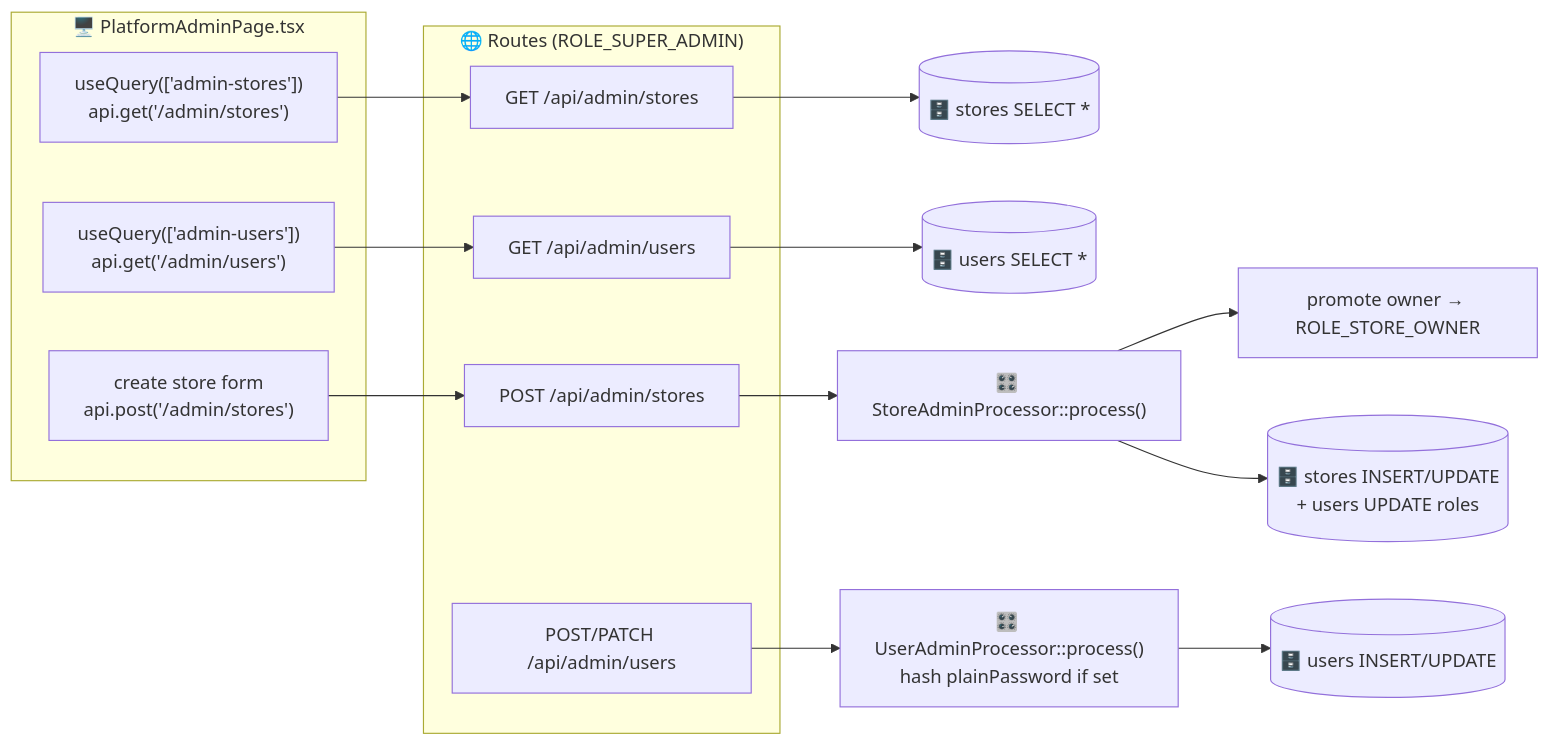
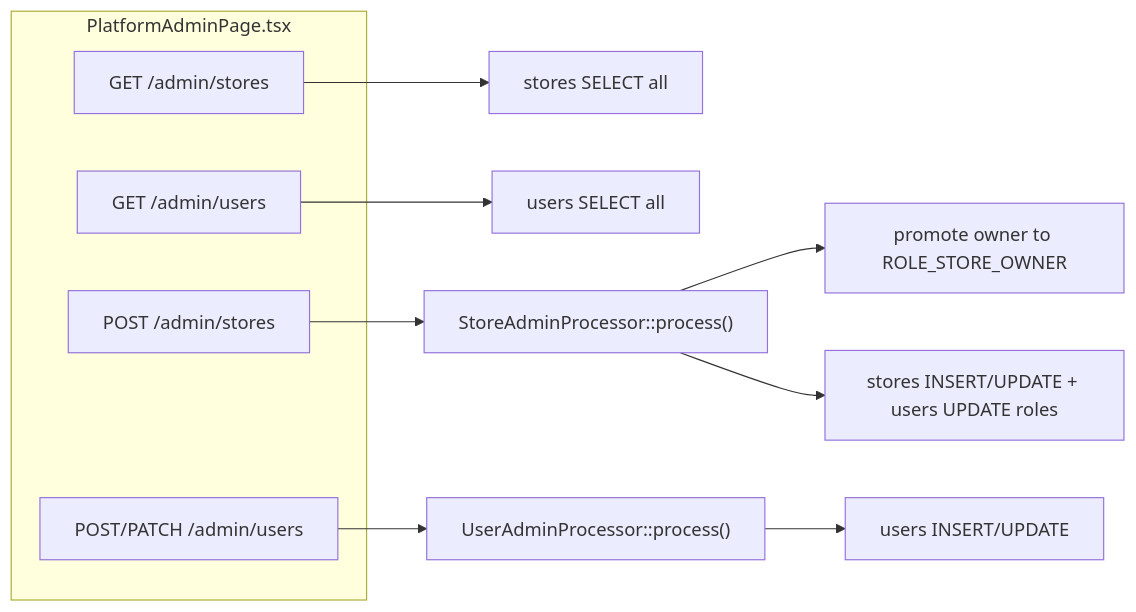
One commit to tedy97123/store changed the fifth of 5 diagrams in architecture/stores-and-branding.md. Above: the diagram before and after it, drawn with Mermaid. The commit also changed other lines of this file and 43 other files, not shown here.

````diff
--- a/architecture/stores-and-branding.md
+++ b/architecture/stores-and-branding.md
@@ -95,21 +151,16 @@
 ```mermaid
 flowchart LR
-    subgraph FE["🖥️ PlatformAdminPage.tsx"]
-        ls["useQuery(['admin-stores'])<br/>api.get('/admin/stores')"]
-        lu["useQuery(['admin-users'])<br/>api.get('/admin/users')"]
-        cs["create store form<br/>api.post('/admin/stores')"]
+    subgraph FE["PlatformAdminPage.tsx"]
+        stores["GET /admin/stores"]
+        users["GET /admin/users"]
+        create["POST /admin/stores"]
+        editUser["POST/PATCH /admin/users"]
     end
-    subgraph API["🌐 Routes (ROLE_SUPER_ADMIN)"]
-        r1["GET /api/admin/stores"]
-        r2["GET /api/admin/users"]
-        r3["POST /api/admin/stores"]
-        r4["POST/PATCH /api/admin/users"]
-    end
-    ls --> r1 --> dstore[("🗄️ stores SELECT *")]
-    lu --> r2 --> duser[("🗄️ users SELECT *")]
-    cs --> r3 --> sap["🎛️ StoreAdminProcessor::process()"]
-    sap --> promote["promote owner → ROLE_STORE_OWNER"]
-    sap --> wstore[("🗄️ stores INSERT/UPDATE<br/>+ users UPDATE roles")]
-    r4 --> uap["🎛️ UserAdminProcessor::process()<br/>hash plainPassword if set"]
-    uap --> wuser[("🗄️ users INSERT/UPDATE")]
+    stores --> dstore["stores SELECT all"]
+    users --> duser["users SELECT all"]
+    create --> sap["StoreAdminProcessor::process()"]
+    sap --> promote["promote owner to ROLE_STORE_OWNER"]
+    sap --> wstore["stores INSERT/UPDATE + users UPDATE roles"]
+    editUser --> uap["UserAdminProcessor::process()"]
+    uap --> wuser["users INSERT/UPDATE"]
 ```
````
